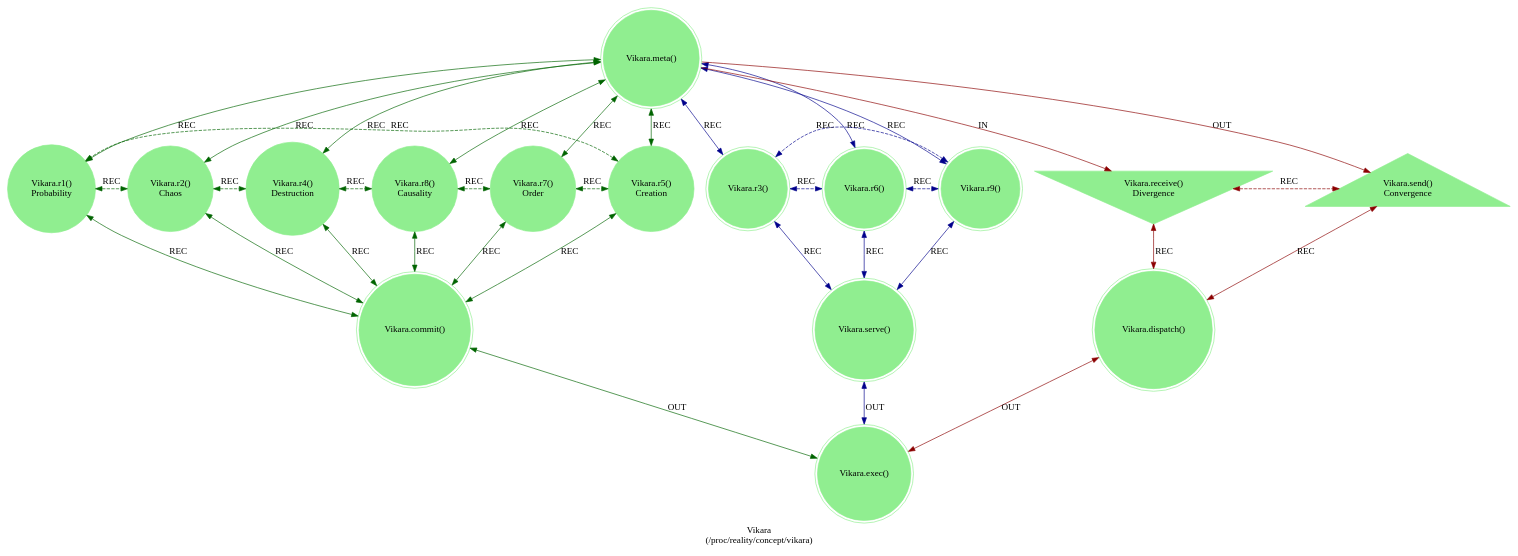
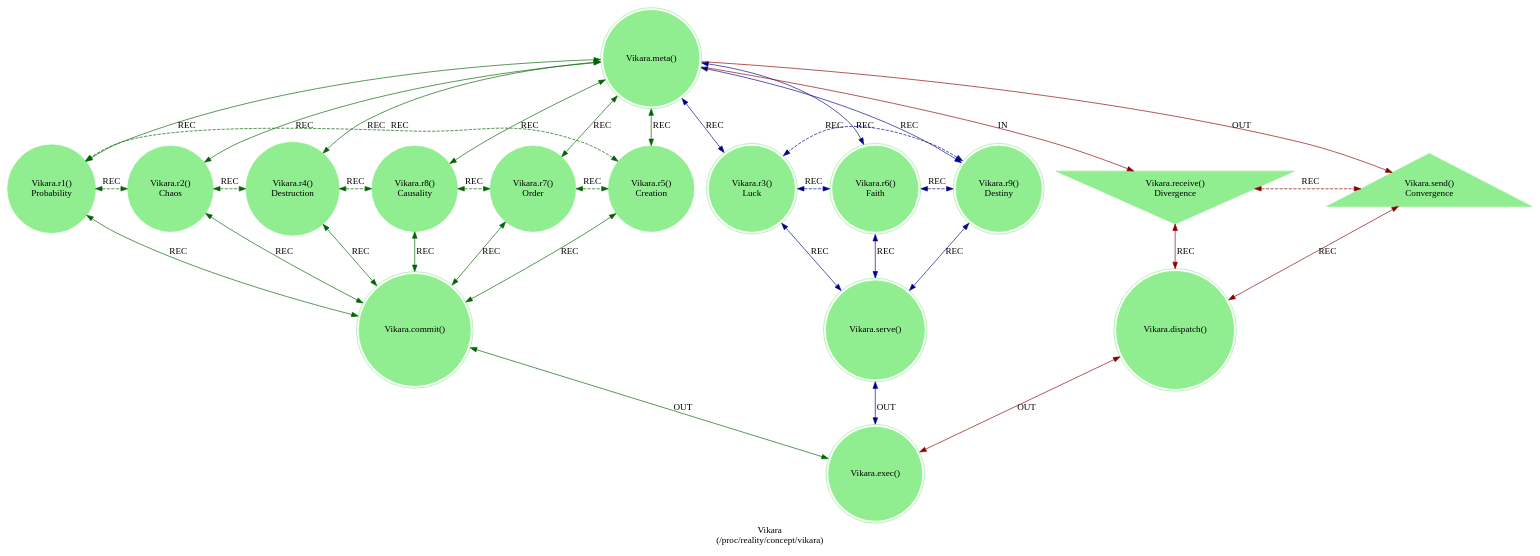
The diagram in src/includes/concept/vikara.dot (cilang/mythos), drawn with Graphviz before and after one commit. The commit also changed 6 other files, not shown here.

```diff
--- a/src/includes/concept/vikara.dot
+++ b/src/includes/concept/vikara.dot
@@ -1,48 +1,48 @@
 strict digraph Vikara {
     label = "Vikara\n(/proc/reality/concept/vikara)";
     style = filled;
     color = lightgray;
     node [shape = circle; style = filled; color = lightgreen;];
     
     // The Axis A-0-B (In-Meta-Out).
     // The Sacred 3-6-9 (Boundary of Perception).
     // The Vortex 1-2-4-8-7-5 (Boundary of Comprehension).
     // The Router C-D-E
     // The Closure F
     spark_0_t [label = "Vikara.meta()";comment = "";shape = doublecircle;];
     spark_1_t [label = "Vikara.r1()\nProbability";comment = "";shape = circle;];
     spark_2_t [label = "Vikara.r2()\nChaos";comment = "";shape = circle;];
     spark_4_t [label = "Vikara.r4()\nDestruction";comment = "";shape = circle;];
     spark_8_t [label = "Vikara.r8()\nCausality";comment = "";shape = circle;];
     spark_7_t [label = "Vikara.r7()\nOrder";comment = "";shape = circle;];
     spark_5_t [label = "Vikara.r5()\nCreation";comment = "";shape = circle;];
-    spark_3_t [label = "Vikara.r3()";comment = "";shape = doublecircle;];
-    spark_6_t [label = "Vikara.r6()";comment = "";shape = doublecircle;];
-    spark_9_t [label = "Vikara.r9()";comment = "";shape = doublecircle;];
+    spark_3_t [label = "Vikara.r3()\nLuck";comment = "";shape = doublecircle;];
+    spark_6_t [label = "Vikara.r6()\nFaith";comment = "";shape = doublecircle;];
+    spark_9_t [label = "Vikara.r9()\nDestiny";comment = "";shape = doublecircle;];
     spark_a_t [label = "Vikara.receive()\nDivergence";comment = "";shape = invtriangle;];
     spark_b_t [label = "Vikara.send()\nConvergence";comment = "";shape = triangle;];
     spark_c_t [label = "Vikara.dispatch()";comment = "";shape = doublecircle;];
     spark_d_t [label = "Vikara.commit()";comment = "";shape = doublecircle;];
     spark_e_t [label = "Vikara.serve()";comment = "";shape = doublecircle;];
     spark_f_t [label = "Vikara.exec()";comment = "";shape = doublecircle;];
     
     // IN = Input
     // OUT = Output
     // REC = Recursion
     spark_0_t -> spark_a_t [label = "IN"; color = darkred; comment = "";];
     spark_0_t -> spark_b_t [label = "OUT"; color = darkred; comment = "";];
     spark_0_t -> {spark_3_t spark_6_t spark_9_t} [label = "REC"; color = darkblue; comment = ""; dir = both;];
     spark_0_t -> {spark_1_t spark_2_t spark_4_t spark_8_t spark_7_t spark_5_t} [label = "REC"; color = darkgreen; comment = ""; dir = both;];
     
     {spark_a_t spark_b_t} -> spark_c_t [label = "REC"; color = darkred; comment = ""; dir = both;];
     {spark_1_t spark_2_t spark_4_t spark_8_t spark_7_t spark_5_t} -> spark_d_t [label = "REC"; color = darkgreen; comment = ""; dir = both;];
     {spark_3_t spark_6_t spark_9_t} -> spark_e_t [label = "REC"; color = darkblue; comment = ""; dir = both;];
     
     spark_1_t -> spark_2_t -> spark_4_t -> spark_8_t -> spark_7_t -> spark_5_t -> spark_1_t [label = "REC"; color = darkgreen; comment = ""; style = dashed; constraint = false; dir = both;];
     spark_3_t -> spark_6_t -> spark_9_t -> spark_3_t [label = "REC"; color = darkblue; comment = ""; style = dashed; constraint = false; dir = both;];
     spark_a_t -> spark_b_t [label = "REC"; color = darkred; comment = ""; constraint = false; style = dashed; dir = both;];
     
     spark_c_t -> spark_f_t [label = "OUT"; color = darkred; comment = ""; dir = both;];
     spark_d_t -> spark_f_t [label = "OUT"; color = darkgreen; comment = ""; dir = both;];
     spark_e_t -> spark_f_t [label = "OUT"; color = darkblue; comment = ""; dir = both;];
 }
```
